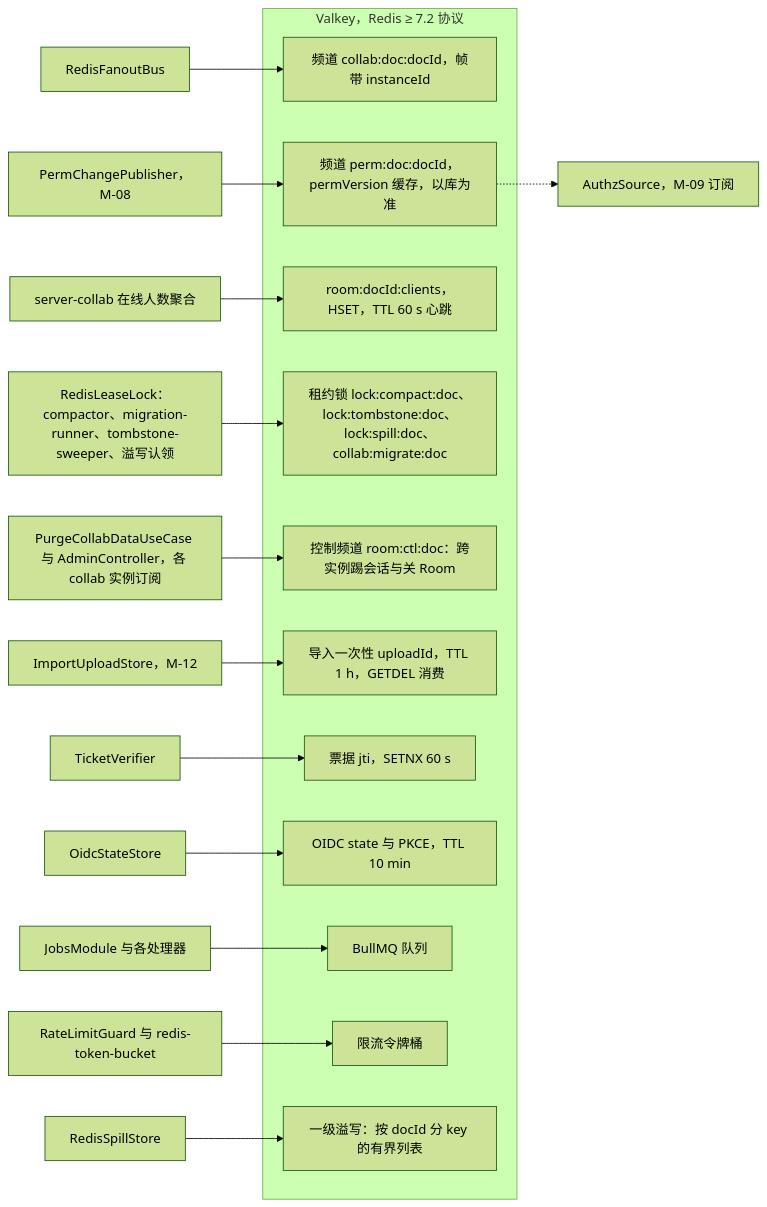
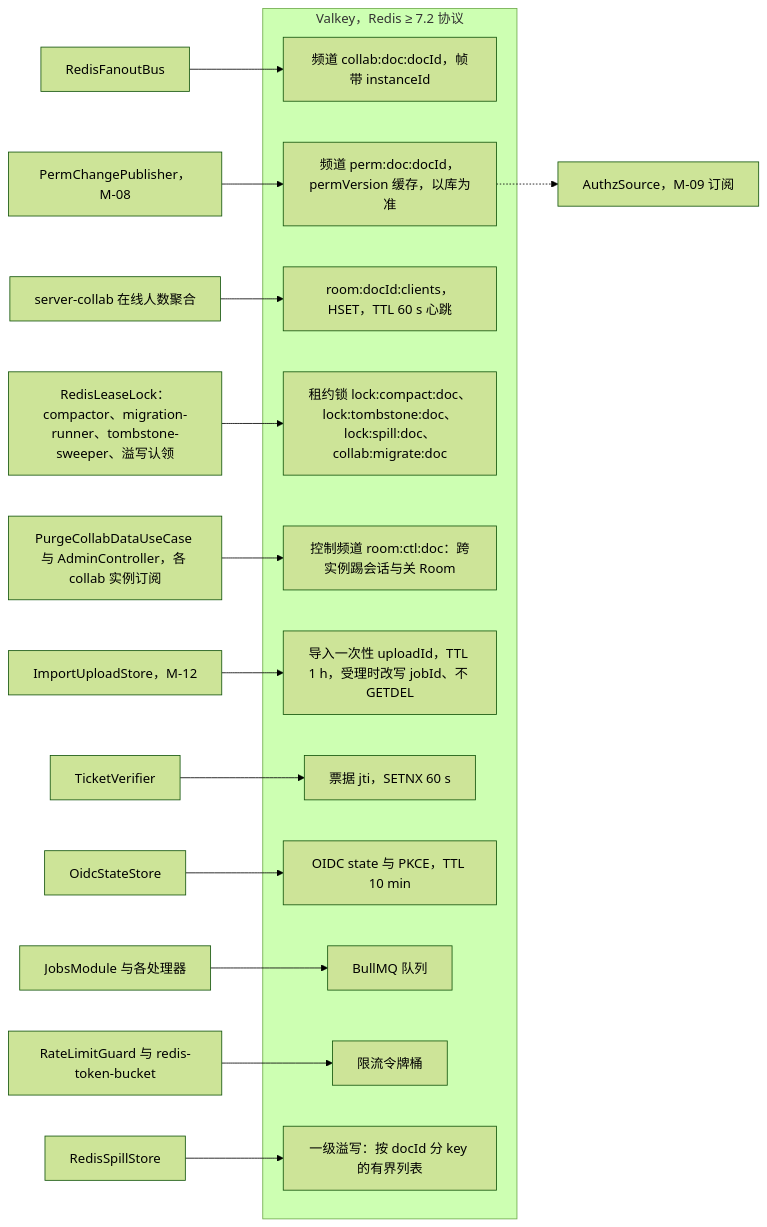
Diagram 21 of 46 in docs/40-modules/19-atlas-backend-and-data.md (Xeonice/cordis-ppt-editor), drawn with Mermaid (forest theme) before and after one commit. The commit also changed other lines of this file and 79 other files, not shown here.

````diff
--- a/docs/40-modules/19-atlas-backend-and-data.md
+++ b/docs/40-modules/19-atlas-backend-and-data.md
@@ -843,28 +855,28 @@
 ```mermaid
 flowchart LR
   subgraph vk["Valkey，Redis ≥ 7.2 协议"]
     cDoc["频道 collab:doc:docId，帧带 instanceId"]
     cPerm["频道 perm:doc:docId，permVersion 缓存，以库为准"]
     hClients["room:docId:clients，HSET，TTL 60 s 心跳"]
     lock["租约锁 lock:compact:doc、lock:tombstone:doc、lock:spill:doc、collab:migrate:doc"]
     ctl["控制频道 room:ctl:doc：跨实例踢会话与关 Room"]
-    up["导入一次性 uploadId，TTL 1 h，GETDEL 消费"]
+    up["导入一次性 uploadId，TTL 1 h，受理时改写 jobId、不 GETDEL"]
     jti["票据 jti，SETNX 60 s"]
     oidc["OIDC state 与 PKCE，TTL 10 min"]
     bull["BullMQ 队列"]
     rate["限流令牌桶"]
     spill["一级溢写：按 docId 分 key 的有界列表"]
   end
   fan["RedisFanoutBus"] --> cDoc
   pub["PermChangePublisher，M-08"] --> cPerm
   cPerm -.-> authz["AuthzSource，M-09 订阅"]
   rm["server-collab 在线人数聚合"] --> hClients
   lease["RedisLeaseLock：compactor、migration-runner、tombstone-sweeper、溢写认领"] --> lock
   rc["PurgeCollabDataUseCase 与 AdminController，各 collab 实例订阅"] --> ctl
   ius["ImportUploadStore，M-12"] --> up
   tv["TicketVerifier"] --> jti
   ss["OidcStateStore"] --> oidc
   jobsM["JobsModule 与各处理器"] --> bull
   rl["RateLimitGuard 与 redis-token-bucket"] --> rate
   rsp["RedisSpillStore"] --> spill
 ```
````
